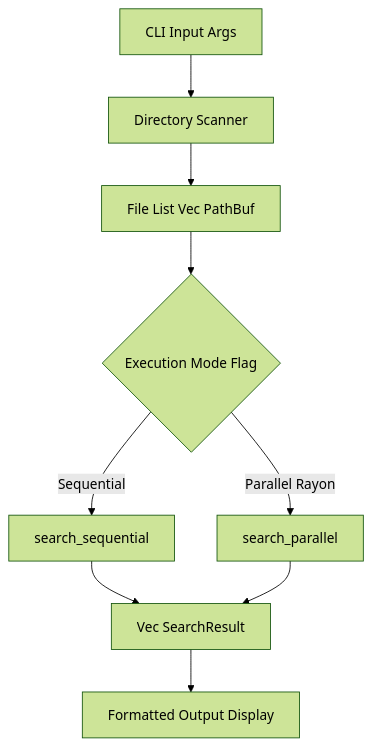
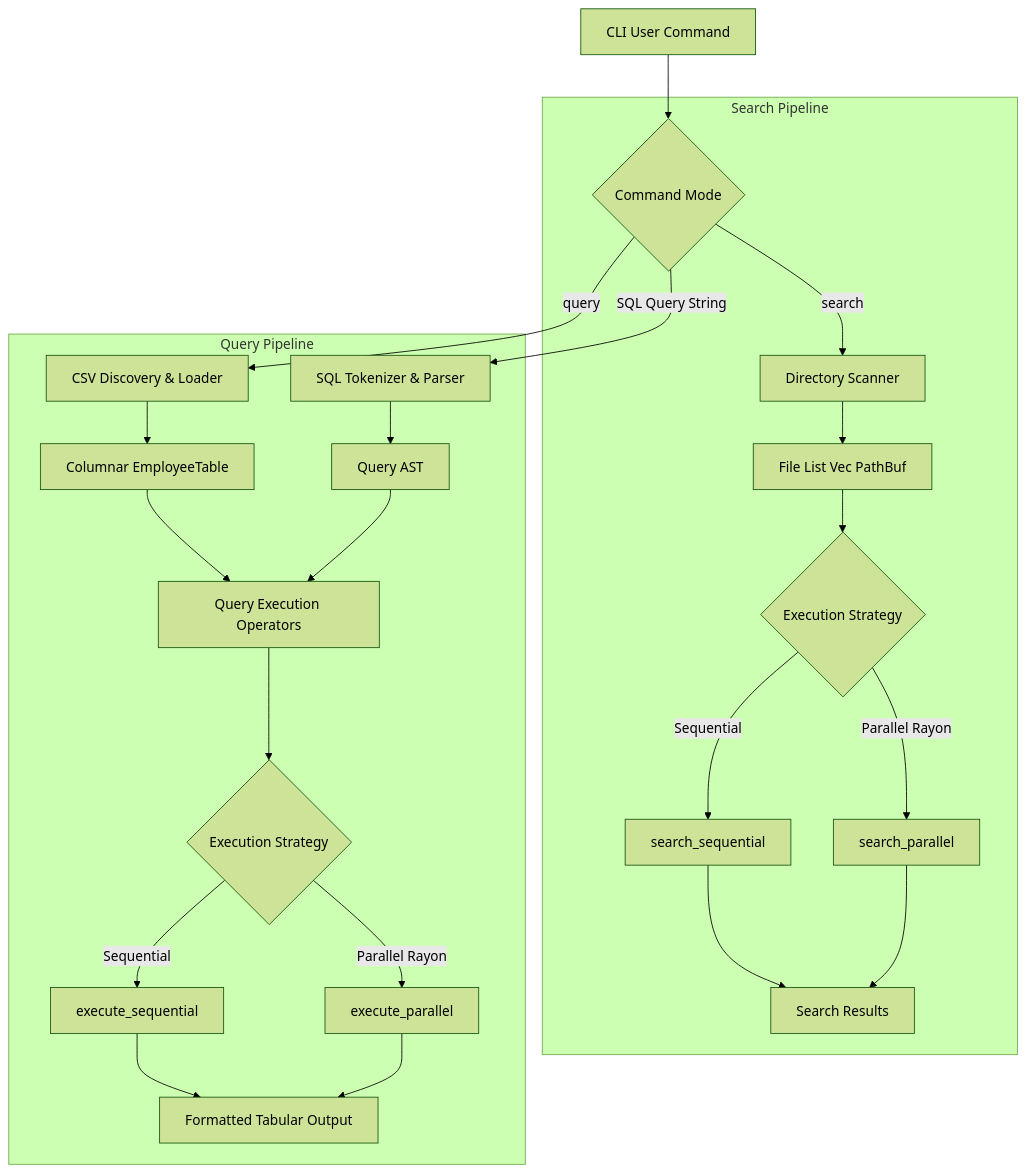
One commit to BrindaS42/RScan changed the diagram in README.md. Above: the diagram before and after it, drawn with Mermaid (forest theme). The commit also changed other lines of this file and 11 other files, not shown here.

Commit message:
feat: implement RScan CLI with parallel text search and columnar analytical query engines

````diff
--- a/README.md
+++ b/README.md
@@ -27,11 +25,28 @@
 ```mermaid
 flowchart TD
-    A[CLI Input Args] --> B[Directory Scanner]
-    B --> C[File List Vec PathBuf]
-    C --> D{Execution Mode Flag}
-    D -- Sequential --> E[search_sequential]
-    D -- Parallel Rayon --> F[search_parallel]
-    E --> G[Vec SearchResult]
-    F --> G
-    G --> H[Formatted Output Display]
+    A[CLI User Command] --> B{Command Mode}
+
+    subgraph Search Pipeline
+        B -- search --> C[Directory Scanner]
+        C --> D[File List Vec PathBuf]
+        D --> E{Execution Strategy}
+        E -- Sequential --> F[search_sequential]
+        E -- Parallel Rayon --> G[search_parallel]
+        F --> H[Search Results]
+        G --> H
+    end
+
+    subgraph Query Pipeline
+        B -- query --> I[CSV Discovery & Loader]
+        I --> J[Columnar EmployeeTable]
+        B -- SQL Query String --> K[SQL Tokenizer & Parser]
+        K --> L[Query AST]
+        J --> M[Query Execution Operators]
+        L --> M
+        M --> N{Execution Strategy}
+        N -- Sequential --> O[execute_sequential]
+        N -- Parallel Rayon --> P[execute_parallel]
+        O --> Q[Formatted Tabular Output]
+        P --> Q
+    end
 ```
````
